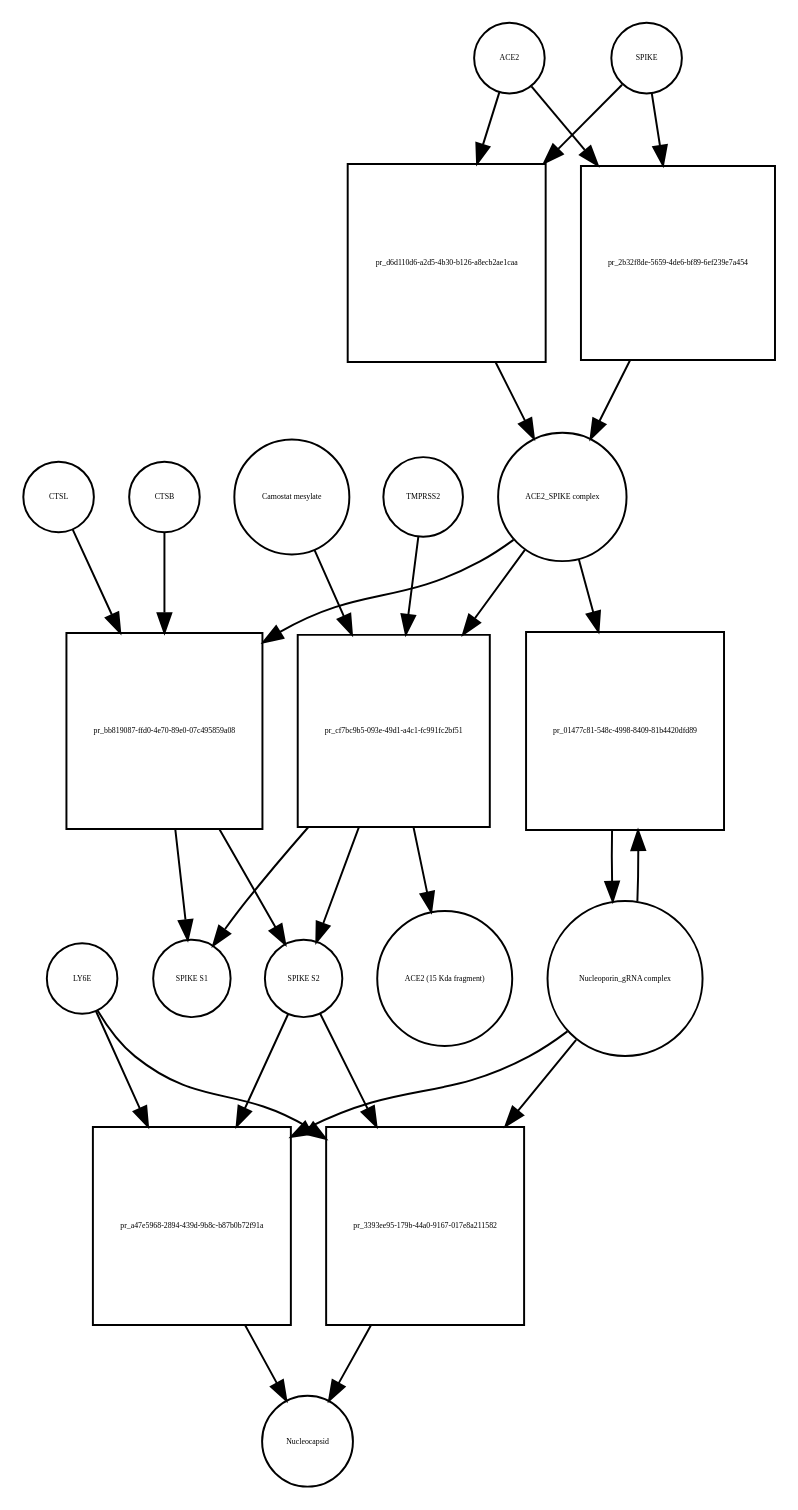
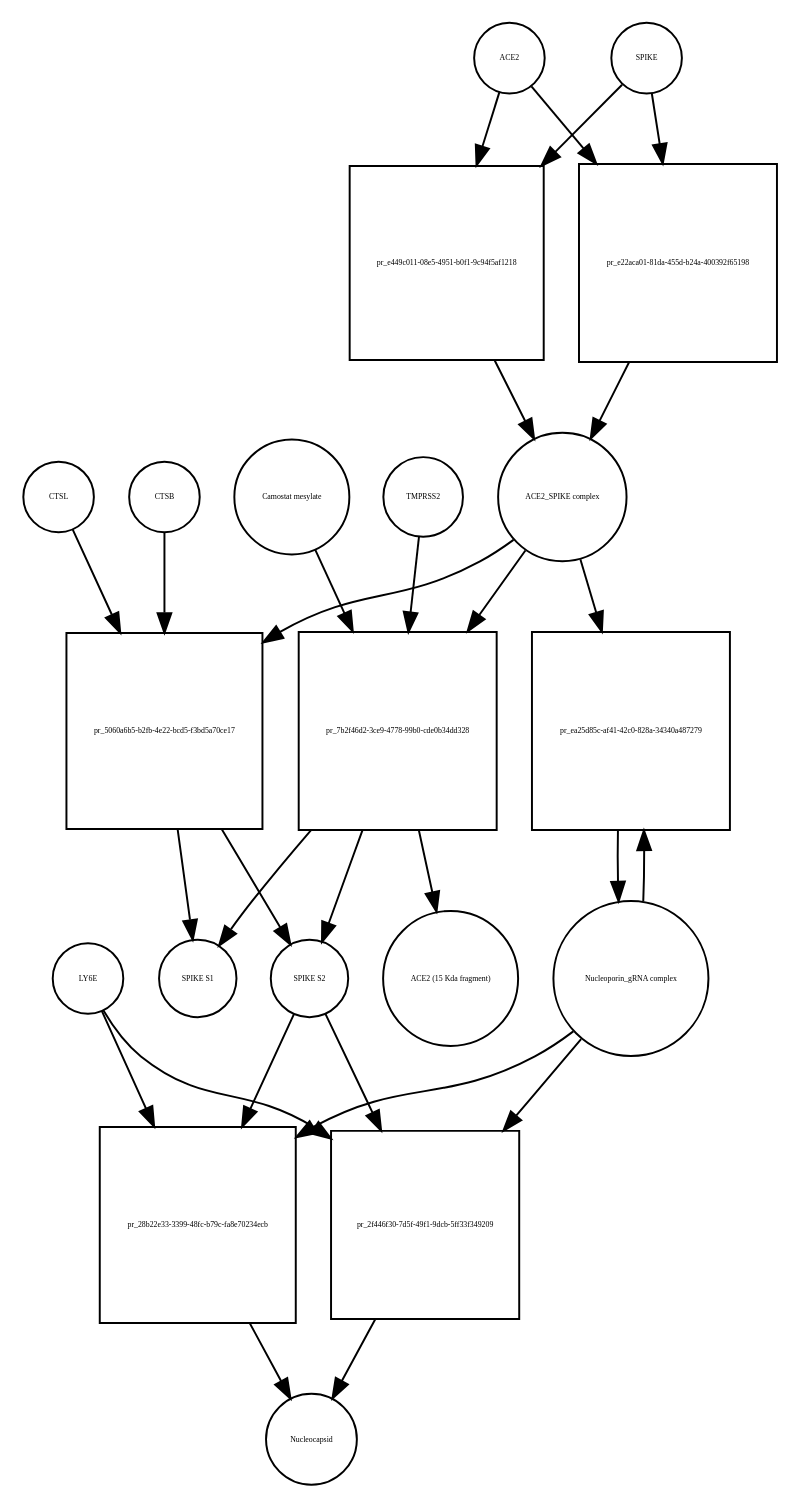
Before and after one commit to cannin/covid19-sbgn: the diagram in Virus_replication_cycle_V01.xml_bipartite.dot, drawn with Graphviz. The commit also changed 564 other files, not shown here.

```diff
--- a/Virus_replication_cycle_V01.xml_bipartite.dot
+++ b/Virus_replication_cycle_V01.xml_bipartite.dot
@@ -1,50 +1,50 @@
 strict digraph  {
 ACE2 [annotation="", bipartite=0, cls=macromolecule, fontsize=4, label=ACE2, shape=circle];
-"pr_d6d110d6-a2d5-4b30-b126-a8ecb2ae1caa" [annotation="", bipartite=1, cls=process, fontsize=4, label="pr_d6d110d6-a2d5-4b30-b126-a8ecb2ae1caa", shape=square];
+"pr_e449c011-08e5-4951-b0f1-9c94f5af1218" [annotation="", bipartite=1, cls=process, fontsize=4, label="pr_e449c011-08e5-4951-b0f1-9c94f5af1218", shape=square];
 "ACE2_SPIKE complex" [annotation="", bipartite=0, cls=complex, fontsize=4, label="ACE2_SPIKE complex", shape=circle];
 SPIKE [annotation="", bipartite=0, cls="macromolecule multimer", fontsize=4, label=SPIKE, shape=circle];
 "Nucleoporin_gRNA complex " [annotation="", bipartite=0, cls=complex, fontsize=4, label="Nucleoporin_gRNA complex ", shape=circle];
-"pr_01477c81-548c-4998-8409-81b4420dfd89" [annotation="", bipartite=1, cls=process, fontsize=4, label="pr_01477c81-548c-4998-8409-81b4420dfd89", shape=square];
-"pr_bb819087-ffd0-4e70-89e0-07c495859a08" [annotation="", bipartite=1, cls=process, fontsize=4, label="pr_bb819087-ffd0-4e70-89e0-07c495859a08", shape=square];
+"pr_ea25d85c-af41-42c0-828a-34340a487279" [annotation="", bipartite=1, cls=process, fontsize=4, label="pr_ea25d85c-af41-42c0-828a-34340a487279", shape=square];
+"pr_5060a6b5-b2fb-4e22-bcd5-f3bd5a70ce17" [annotation="", bipartite=1, cls=process, fontsize=4, label="pr_5060a6b5-b2fb-4e22-bcd5-f3bd5a70ce17", shape=square];
 "SPIKE S2" [annotation="", bipartite=0, cls=macromolecule, fontsize=4, label="SPIKE S2", shape=circle];
 CTSB [annotation="", bipartite=0, cls=macromolecule, fontsize=4, label=CTSB, shape=circle];
 CTSL [annotation="", bipartite=0, cls=macromolecule, fontsize=4, label=CTSL, shape=circle];
 "SPIKE S1" [annotation="", bipartite=0, cls=macromolecule, fontsize=4, label="SPIKE S1", shape=circle];
-"pr_a47e5968-2894-439d-9b8c-b87b0b72f91a" [annotation="", bipartite=1, cls=process, fontsize=4, label="pr_a47e5968-2894-439d-9b8c-b87b0b72f91a", shape=square];
+"pr_28b22e33-3399-48fc-b79c-fa8e70234ecb" [annotation="", bipartite=1, cls=process, fontsize=4, label="pr_28b22e33-3399-48fc-b79c-fa8e70234ecb", shape=square];
 Nucleocapsid [annotation="", bipartite=0, cls=complex, fontsize=4, label=Nucleocapsid, shape=circle];
 LY6E [annotation="", bipartite=0, cls=macromolecule, fontsize=4, label=LY6E, shape=circle];
-"pr_cf7bc9b5-093e-49d1-a4c1-fc991fc2bf51" [annotation="", bipartite=1, cls=process, fontsize=4, label="pr_cf7bc9b5-093e-49d1-a4c1-fc991fc2bf51", shape=square];
+"pr_7b2f46d2-3ce9-4778-99b0-cde0b34dd328" [annotation="", bipartite=1, cls=process, fontsize=4, label="pr_7b2f46d2-3ce9-4778-99b0-cde0b34dd328", shape=square];
 TMPRSS2 [annotation="", bipartite=0, cls=macromolecule, fontsize=4, label=TMPRSS2, shape=circle];
 "Camostat mesylate" [annotation="urn_miriam_pubchem.compound_2536", bipartite=0, cls="simple chemical", fontsize=4, label="Camostat mesylate", shape=circle];
 "ACE2 (15 Kda fragment)" [annotation="", bipartite=0, cls=macromolecule, fontsize=4, label="ACE2 (15 Kda fragment)", shape=circle];
-"pr_2b32f8de-5659-4de6-bf89-6ef239e7a454" [annotation="", bipartite=1, cls=process, fontsize=4, label="pr_2b32f8de-5659-4de6-bf89-6ef239e7a454", shape=square];
-"pr_3393ee95-179b-44a0-9167-017e8a211582" [annotation="", bipartite=1, cls=process, fontsize=4, label="pr_3393ee95-179b-44a0-9167-017e8a211582", shape=square];
-ACE2 -> "pr_d6d110d6-a2d5-4b30-b126-a8ecb2ae1caa"  [annotation="", interaction_type=consumption];
-ACE2 -> "pr_2b32f8de-5659-4de6-bf89-6ef239e7a454"  [annotation="", interaction_type=consumption];
-"pr_d6d110d6-a2d5-4b30-b126-a8ecb2ae1caa" -> "ACE2_SPIKE complex"  [annotation="", interaction_type=production];
-"ACE2_SPIKE complex" -> "pr_01477c81-548c-4998-8409-81b4420dfd89"  [annotation="urn_miriam_pubmed_32142651|urn_miriam_pubmed_32094589", interaction_type=stimulation];
-"ACE2_SPIKE complex" -> "pr_bb819087-ffd0-4e70-89e0-07c495859a08"  [annotation="", interaction_type=consumption];
-"ACE2_SPIKE complex" -> "pr_cf7bc9b5-093e-49d1-a4c1-fc991fc2bf51"  [annotation="", interaction_type=consumption];
-SPIKE -> "pr_d6d110d6-a2d5-4b30-b126-a8ecb2ae1caa"  [annotation="", interaction_type=consumption];
-SPIKE -> "pr_2b32f8de-5659-4de6-bf89-6ef239e7a454"  [annotation="", interaction_type=consumption];
-"Nucleoporin_gRNA complex " -> "pr_01477c81-548c-4998-8409-81b4420dfd89"  [annotation="", interaction_type=consumption];
-"Nucleoporin_gRNA complex " -> "pr_a47e5968-2894-439d-9b8c-b87b0b72f91a"  [annotation="", interaction_type=consumption];
-"Nucleoporin_gRNA complex " -> "pr_3393ee95-179b-44a0-9167-017e8a211582"  [annotation="", interaction_type=consumption];
-"pr_01477c81-548c-4998-8409-81b4420dfd89" -> "Nucleoporin_gRNA complex "  [annotation="", interaction_type=production];
-"pr_bb819087-ffd0-4e70-89e0-07c495859a08" -> "SPIKE S2"  [annotation="", interaction_type=production];
-"pr_bb819087-ffd0-4e70-89e0-07c495859a08" -> "SPIKE S1"  [annotation="", interaction_type=production];
-"SPIKE S2" -> "pr_a47e5968-2894-439d-9b8c-b87b0b72f91a"  [annotation="urn_miriam_doi_10.1101%2F2020.03.05.979260|urn_miriam_pubmed_32142651|urn_miriam_pubmed_32094589", interaction_type=stimulation];
-"SPIKE S2" -> "pr_3393ee95-179b-44a0-9167-017e8a211582"  [annotation="urn_miriam_doi_10.1101%2F2020.03.05.979260", interaction_type=stimulation];
-CTSB -> "pr_bb819087-ffd0-4e70-89e0-07c495859a08"  [annotation=urn_miriam_pubmed_32142651, interaction_type=catalysis];
-CTSL -> "pr_bb819087-ffd0-4e70-89e0-07c495859a08"  [annotation=urn_miriam_pubmed_32142651, interaction_type=catalysis];
-"pr_a47e5968-2894-439d-9b8c-b87b0b72f91a" -> Nucleocapsid  [annotation="", interaction_type=production];
-LY6E -> "pr_a47e5968-2894-439d-9b8c-b87b0b72f91a"  [annotation="urn_miriam_doi_10.1101%2F2020.03.05.979260|urn_miriam_pubmed_32142651|urn_miriam_pubmed_32094589", interaction_type=inhibition];
-LY6E -> "pr_3393ee95-179b-44a0-9167-017e8a211582"  [annotation="urn_miriam_doi_10.1101%2F2020.03.05.979260", interaction_type=inhibition];
-"pr_cf7bc9b5-093e-49d1-a4c1-fc991fc2bf51" -> "SPIKE S2"  [annotation="", interaction_type=production];
-"pr_cf7bc9b5-093e-49d1-a4c1-fc991fc2bf51" -> "SPIKE S1"  [annotation="", interaction_type=production];
-"pr_cf7bc9b5-093e-49d1-a4c1-fc991fc2bf51" -> "ACE2 (15 Kda fragment)"  [annotation="", interaction_type=production];
-TMPRSS2 -> "pr_cf7bc9b5-093e-49d1-a4c1-fc991fc2bf51"  [annotation="urn_miriam_pubmed_32142651|urn_miriam_pubmed_32094589|urn_miriam_pubmed_24227843", interaction_type=catalysis];
-"Camostat mesylate" -> "pr_cf7bc9b5-093e-49d1-a4c1-fc991fc2bf51"  [annotation="urn_miriam_pubmed_32142651|urn_miriam_pubmed_32094589|urn_miriam_pubmed_24227843", interaction_type=inhibition];
-"pr_2b32f8de-5659-4de6-bf89-6ef239e7a454" -> "ACE2_SPIKE complex"  [annotation="", interaction_type=production];
-"pr_3393ee95-179b-44a0-9167-017e8a211582" -> Nucleocapsid  [annotation="", interaction_type=production];
+"pr_e22aca01-81da-455d-b24a-400392f65198" [annotation="", bipartite=1, cls=process, fontsize=4, label="pr_e22aca01-81da-455d-b24a-400392f65198", shape=square];
+"pr_2f446f30-7d5f-49f1-9dcb-5ff33f349209" [annotation="", bipartite=1, cls=process, fontsize=4, label="pr_2f446f30-7d5f-49f1-9dcb-5ff33f349209", shape=square];
+ACE2 -> "pr_e449c011-08e5-4951-b0f1-9c94f5af1218"  [annotation="", interaction_type=consumption];
+ACE2 -> "pr_e22aca01-81da-455d-b24a-400392f65198"  [annotation="", interaction_type=consumption];
+"pr_e449c011-08e5-4951-b0f1-9c94f5af1218" -> "ACE2_SPIKE complex"  [annotation="", interaction_type=production];
+"ACE2_SPIKE complex" -> "pr_ea25d85c-af41-42c0-828a-34340a487279"  [annotation="urn_miriam_pubmed_32142651|urn_miriam_pubmed_32094589", interaction_type=stimulation];
+"ACE2_SPIKE complex" -> "pr_5060a6b5-b2fb-4e22-bcd5-f3bd5a70ce17"  [annotation="", interaction_type=consumption];
+"ACE2_SPIKE complex" -> "pr_7b2f46d2-3ce9-4778-99b0-cde0b34dd328"  [annotation="", interaction_type=consumption];
+SPIKE -> "pr_e449c011-08e5-4951-b0f1-9c94f5af1218"  [annotation="", interaction_type=consumption];
+SPIKE -> "pr_e22aca01-81da-455d-b24a-400392f65198"  [annotation="", interaction_type=consumption];
+"Nucleoporin_gRNA complex " -> "pr_ea25d85c-af41-42c0-828a-34340a487279"  [annotation="", interaction_type=consumption];
+"Nucleoporin_gRNA complex " -> "pr_28b22e33-3399-48fc-b79c-fa8e70234ecb"  [annotation="", interaction_type=consumption];
+"Nucleoporin_gRNA complex " -> "pr_2f446f30-7d5f-49f1-9dcb-5ff33f349209"  [annotation="", interaction_type=consumption];
+"pr_ea25d85c-af41-42c0-828a-34340a487279" -> "Nucleoporin_gRNA complex "  [annotation="", interaction_type=production];
+"pr_5060a6b5-b2fb-4e22-bcd5-f3bd5a70ce17" -> "SPIKE S2"  [annotation="", interaction_type=production];
+"pr_5060a6b5-b2fb-4e22-bcd5-f3bd5a70ce17" -> "SPIKE S1"  [annotation="", interaction_type=production];
+"SPIKE S2" -> "pr_28b22e33-3399-48fc-b79c-fa8e70234ecb"  [annotation="urn_miriam_doi_10.1101%2F2020.03.05.979260|urn_miriam_pubmed_32142651|urn_miriam_pubmed_32094589", interaction_type=stimulation];
+"SPIKE S2" -> "pr_2f446f30-7d5f-49f1-9dcb-5ff33f349209"  [annotation="urn_miriam_doi_10.1101%2F2020.03.05.979260", interaction_type=stimulation];
+CTSB -> "pr_5060a6b5-b2fb-4e22-bcd5-f3bd5a70ce17"  [annotation=urn_miriam_pubmed_32142651, interaction_type=catalysis];
+CTSL -> "pr_5060a6b5-b2fb-4e22-bcd5-f3bd5a70ce17"  [annotation=urn_miriam_pubmed_32142651, interaction_type=catalysis];
+"pr_28b22e33-3399-48fc-b79c-fa8e70234ecb" -> Nucleocapsid  [annotation="", interaction_type=production];
+LY6E -> "pr_28b22e33-3399-48fc-b79c-fa8e70234ecb"  [annotation="urn_miriam_doi_10.1101%2F2020.03.05.979260|urn_miriam_pubmed_32142651|urn_miriam_pubmed_32094589", interaction_type=inhibition];
+LY6E -> "pr_2f446f30-7d5f-49f1-9dcb-5ff33f349209"  [annotation="urn_miriam_doi_10.1101%2F2020.03.05.979260", interaction_type=inhibition];
+"pr_7b2f46d2-3ce9-4778-99b0-cde0b34dd328" -> "SPIKE S2"  [annotation="", interaction_type=production];
+"pr_7b2f46d2-3ce9-4778-99b0-cde0b34dd328" -> "SPIKE S1"  [annotation="", interaction_type=production];
+"pr_7b2f46d2-3ce9-4778-99b0-cde0b34dd328" -> "ACE2 (15 Kda fragment)"  [annotation="", interaction_type=production];
+TMPRSS2 -> "pr_7b2f46d2-3ce9-4778-99b0-cde0b34dd328"  [annotation="urn_miriam_pubmed_32142651|urn_miriam_pubmed_32094589|urn_miriam_pubmed_24227843", interaction_type=catalysis];
+"Camostat mesylate" -> "pr_7b2f46d2-3ce9-4778-99b0-cde0b34dd328"  [annotation="urn_miriam_pubmed_32142651|urn_miriam_pubmed_32094589|urn_miriam_pubmed_24227843", interaction_type=inhibition];
+"pr_e22aca01-81da-455d-b24a-400392f65198" -> "ACE2_SPIKE complex"  [annotation="", interaction_type=production];
+"pr_2f446f30-7d5f-49f1-9dcb-5ff33f349209" -> Nucleocapsid  [annotation="", interaction_type=production];
 }
```
